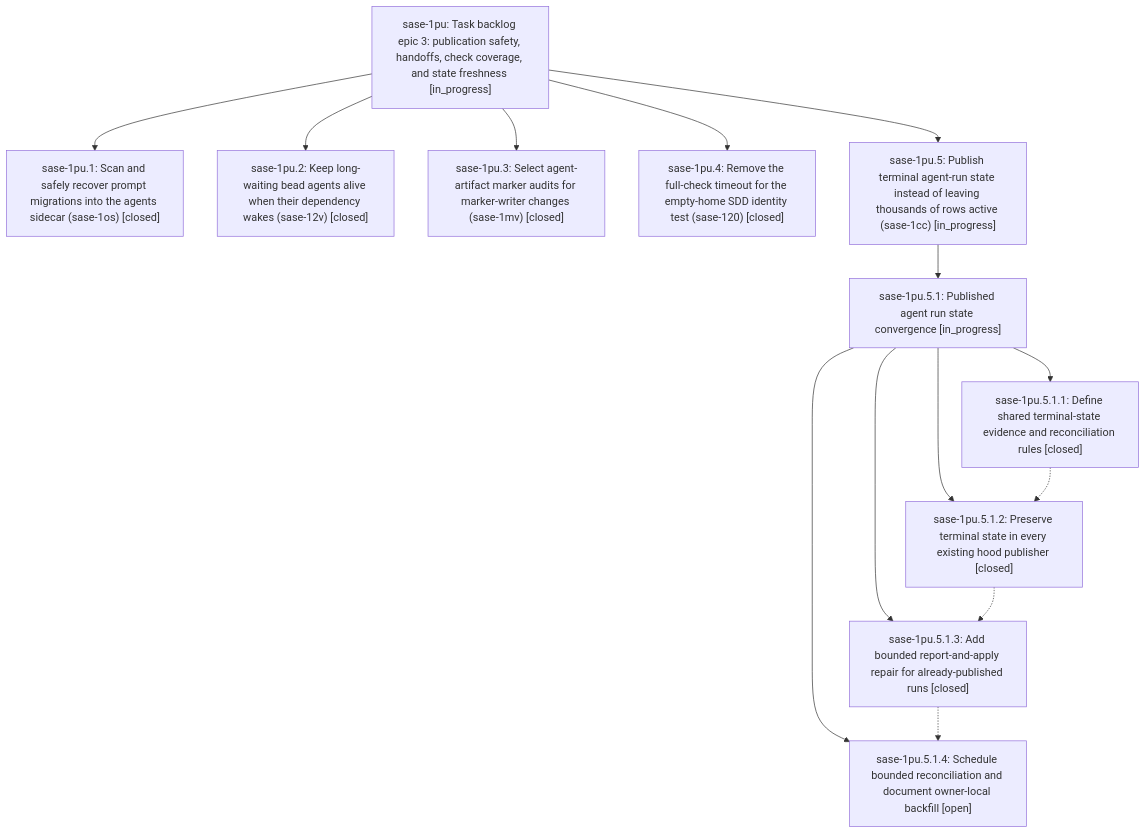
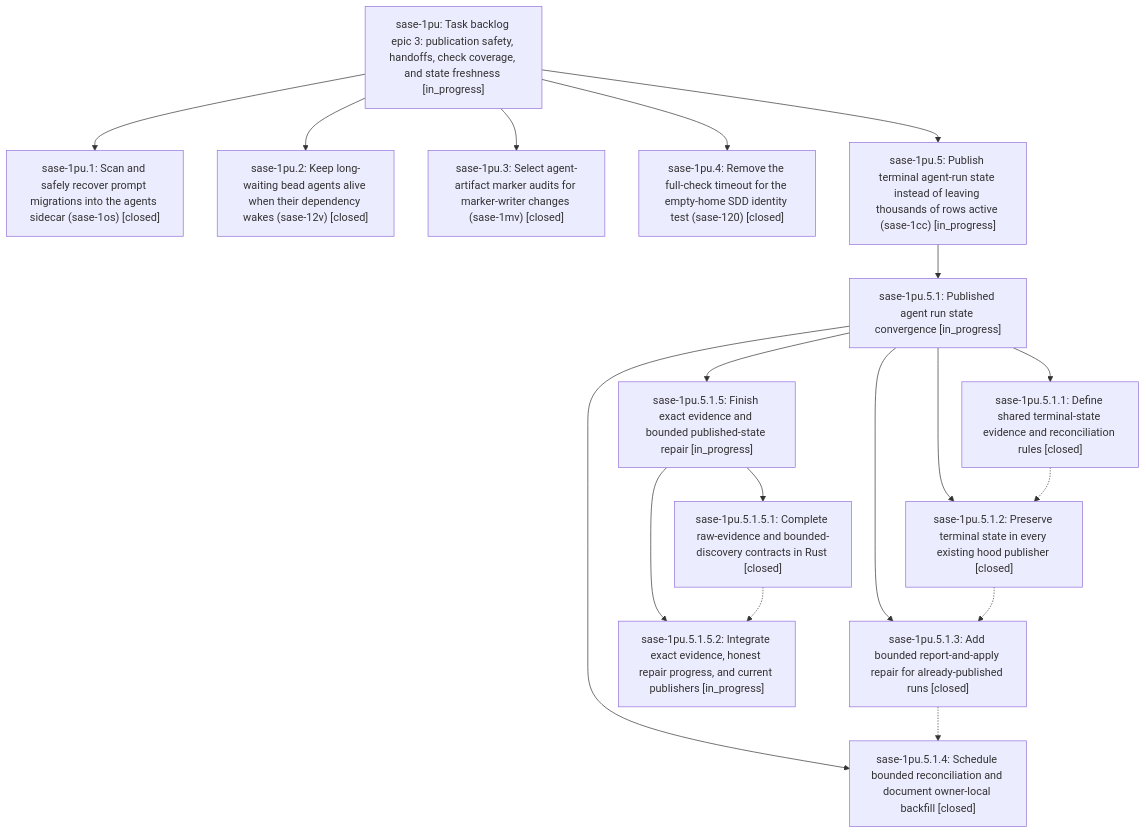
Before and after one commit to sase-org/sase--beads: the diagram in pages/sase-1pu/README.md, drawn with Mermaid. The commit also changed other lines of this file and 9 other files, not shown here.

````diff
--- a/pages/sase-1pu/README.md
+++ b/pages/sase-1pu/README.md
@@ -54,27 +56,34 @@
 ```mermaid
 flowchart TD
     n0["sase-1pu: Task backlog epic 3: publication safety, handoffs, check coverage, and state freshness [in_progress]"]
     n1["sase-1pu.1: Scan and safely recover prompt migrations into the agents sidecar (sase-1os) [closed]"]
     n2["sase-1pu.2: Keep long-waiting bead agents alive when their dependency wakes (sase-12v) [closed]"]
     n3["sase-1pu.3: Select agent-artifact marker audits for marker-writer changes (sase-1mv) [closed]"]
     n4["sase-1pu.4: Remove the full-check timeout for the empty-home SDD identity test (sase-120) [closed]"]
     n5["sase-1pu.5: Publish terminal agent-run state instead of leaving thousands of rows active (sase-1cc) [in_progress]"]
     n6["sase-1pu.5.1: Published agent run state convergence [in_progress]"]
     n7["sase-1pu.5.1.1: Define shared terminal-state evidence and reconciliation rules [closed]"]
     n8["sase-1pu.5.1.2: Preserve terminal state in every existing hood publisher [closed]"]
     n9["sase-1pu.5.1.3: Add bounded report-and-apply repair for already-published runs [closed]"]
-    n10["sase-1pu.5.1.4: Schedule bounded reconciliation and document owner-local backfill [open]"]
+    n10["sase-1pu.5.1.4: Schedule bounded reconciliation and document owner-local backfill [closed]"]
+    n11["sase-1pu.5.1.5: Finish exact evidence and bounded published-state repair [in_progress]"]
+    n12["sase-1pu.5.1.5.1: Complete raw-evidence and bounded-discovery contracts in Rust [closed]"]
+    n13["sase-1pu.5.1.5.2: Integrate exact evidence, honest repair progress, and current publishers [in_progress]"]
     n0 --> n1
     n0 --> n2
     n0 --> n3
     n0 --> n4
     n0 --> n5
     n5 --> n6
     n6 --> n7
     n6 --> n8
     n6 --> n9
     n6 --> n10
+    n6 --> n11
+    n11 --> n12
+    n11 --> n13
     n7 -.-> n8
     n8 -.-> n9
     n9 -.-> n10
+    n12 -.-> n13
 ```
````
